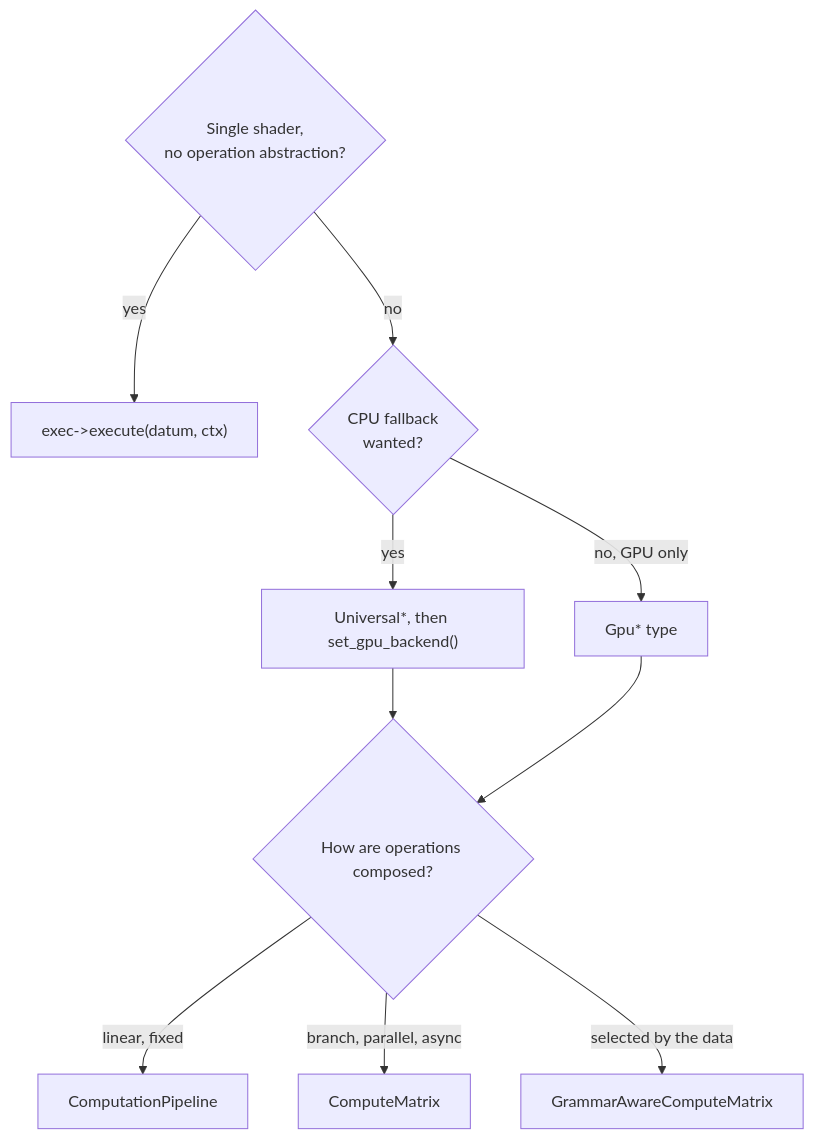
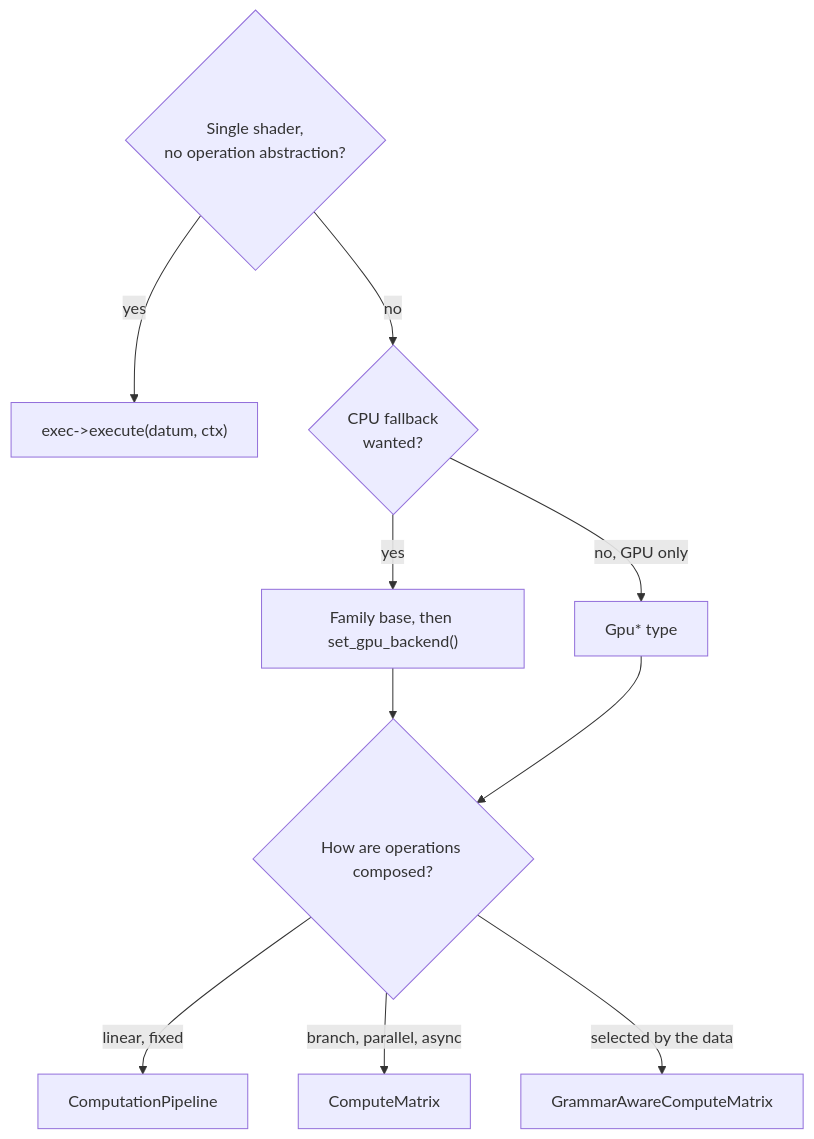
Before and after one commit to MayaFlux/MayaFlux: diagram 14 of 15 in docs/GPGPU-Guide.md, drawn with Mermaid. The commit also changed other lines of this file and 26 other files, not shown here.

````diff
--- a/docs/GPGPU-Guide.md
+++ b/docs/GPGPU-Guide.md
@@ -989,13 +989,13 @@
 ```mermaid
 flowchart TD
     S{"Single shader,<br/>no operation abstraction?"}
     S -- yes --> E["exec->execute(datum, ctx)"]
     S -- no --> O{"CPU fallback<br/>wanted?"}
-    O -- yes --> U["Universal*, then set_gpu_backend()"]
+    O -- yes --> U["Family base, then set_gpu_backend()"]
     O -- "no, GPU only" --> GO["Gpu* type"]
     U --> ORC{"How are operations composed?"}
     GO --> ORC
     ORC -- "linear, fixed" --> CP["ComputationPipeline"]
     ORC -- "branch, parallel, async" --> CM["ComputeMatrix"]
     ORC -- "selected by the data" --> GM["GrammarAwareComputeMatrix"]
 ```
````
